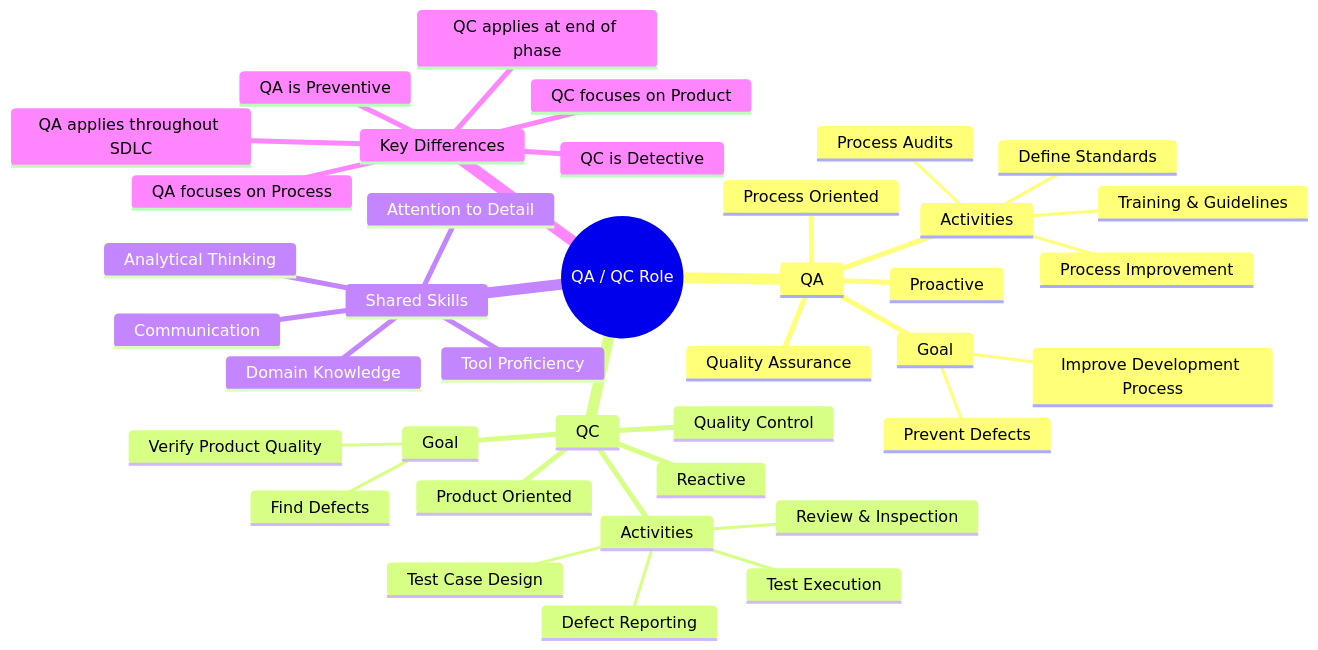
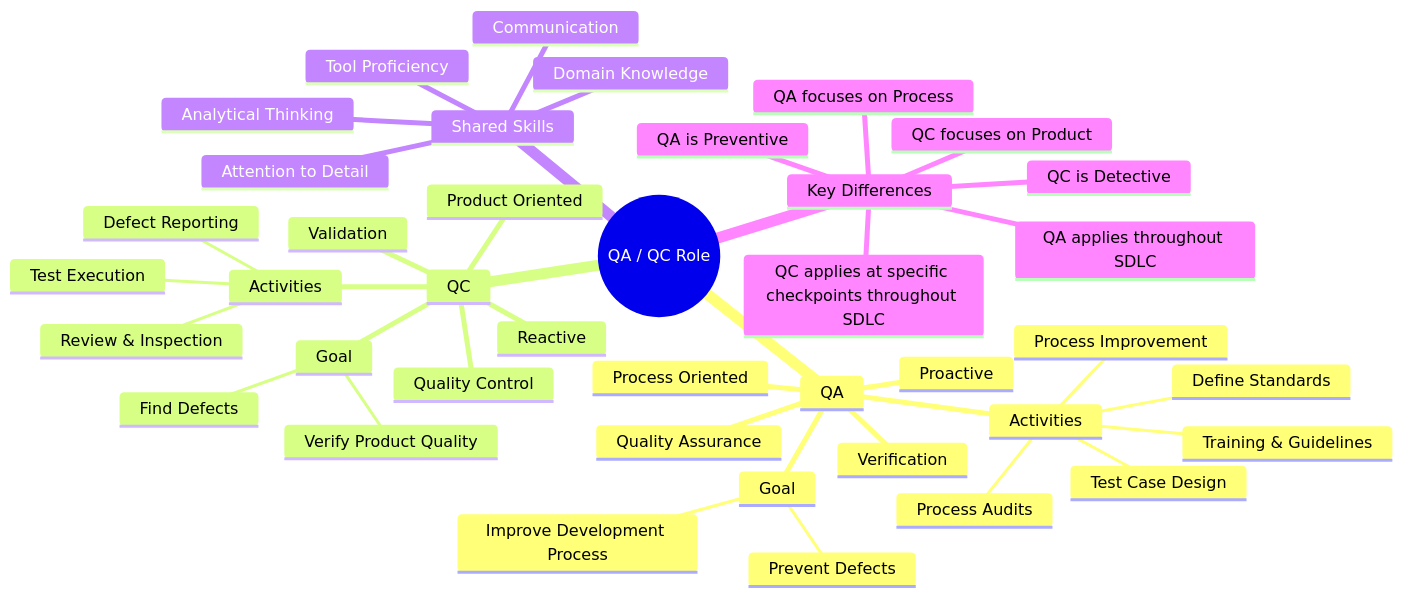
Before and after one commit to ThanhDang-Vn/software-testing: the diagram in hw/hw1/mindmap.md, drawn with Mermaid. The commit also changed other lines of this file, not shown here.

Commit message:
feat(hw1/mindmap): correct previous version and add mistakes

````diff
--- a/hw/hw1/mindmap.md
+++ b/hw/hw1/mindmap.md
@@ -3,41 +3,43 @@
 ```mermaid
 mindmap
   root((QA / QC Role))
     QA
       Quality Assurance
       Process Oriented
       Proactive
+      Verification
       Activities
         Define Standards
         Process Audits
         Training & Guidelines
         Process Improvement
+        Test Case Design
       Goal
         Prevent Defects
         Improve Development Process
     QC
       Quality Control
       Product Oriented
       Reactive
+      Validation
       Activities
         Test Execution
         Defect Reporting
-        Test Case Design
         Review & Inspection
       Goal
         Find Defects
         Verify Product Quality
     Shared Skills
       Analytical Thinking
       Attention to Detail
       Communication
       Domain Knowledge
       Tool Proficiency
     Key Differences
       QA focuses on Process
       QC focuses on Product
       QA is Preventive
       QC is Detective
       QA applies throughout SDLC
-      QC applies at end of phase
+      QC applies at specific checkpoints throughout SDLC
 ```
````
